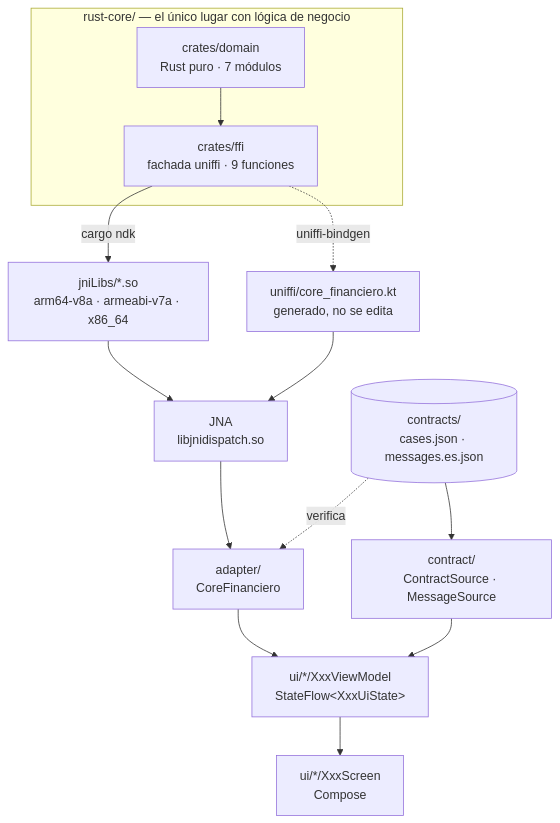
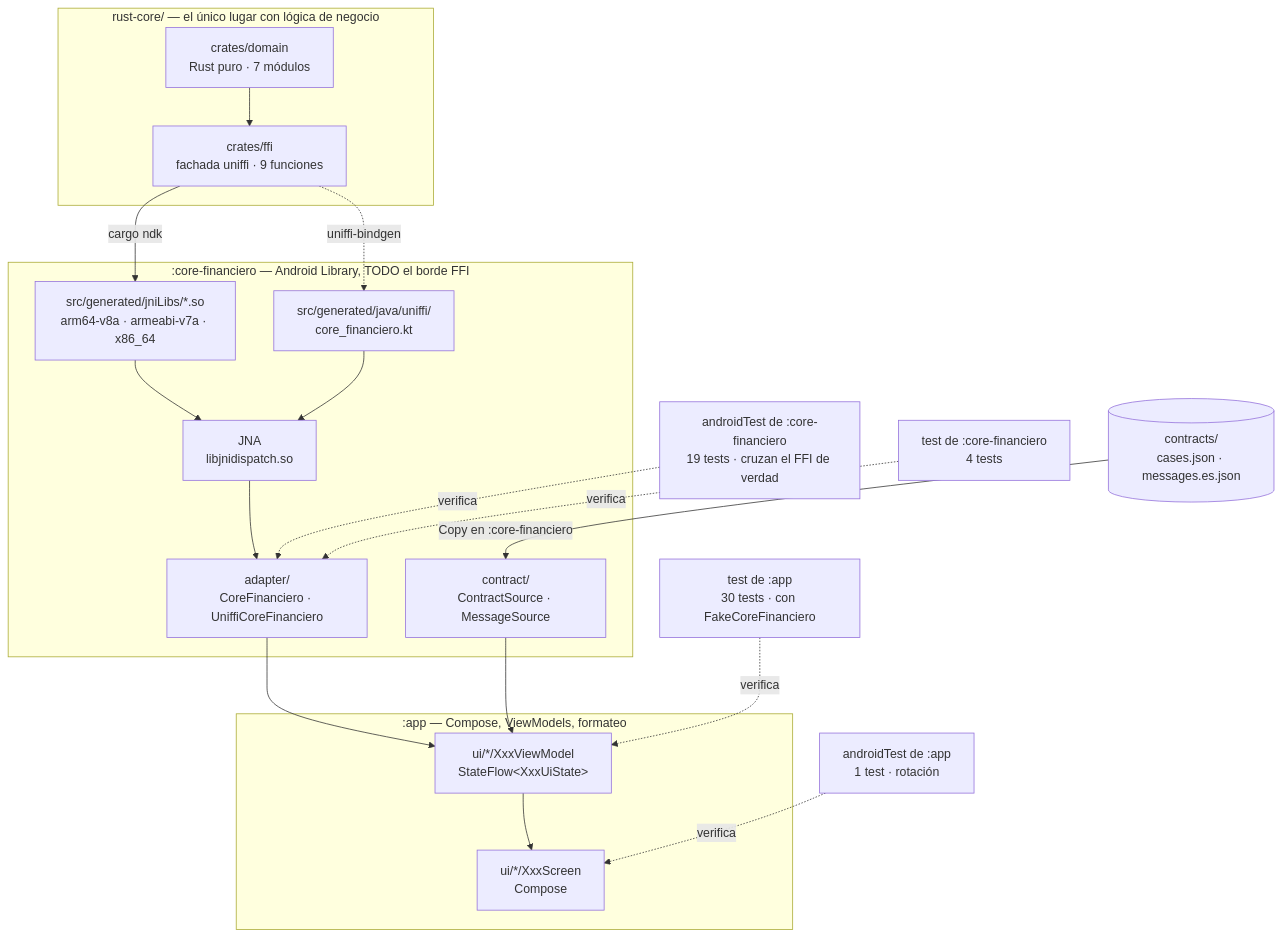
Before and after one commit to tohure/rust-core-cross-app: the diagram in apps/android/README.md, drawn with Mermaid. The commit also changed other lines of this file and 9 other files, not shown here.

````diff
--- a/apps/android/README.md
+++ b/apps/android/README.md
@@ -24,22 +24,43 @@
 ```mermaid
 flowchart TD
     subgraph core["rust-core/ — el único lugar con lógica de negocio"]
         domain["crates/domain<br/>Rust puro · 7 módulos"]
         ffi["crates/ffi<br/>fachada uniffi · 9 funciones"]
         domain --> ffi
     end
 
-    ffi -->|"cargo ndk"| so["jniLibs/*.so<br/>arm64-v8a · armeabi-v7a · x86_64"]
-    ffi -.->|"uniffi-bindgen"| kt["uniffi/core_financiero.kt<br/>generado, no se edita"]
+    subgraph modulo[":core-financiero — Android Library, TODO el borde FFI"]
+        so["src/generated/jniLibs/*.so<br/>arm64-v8a · armeabi-v7a · x86_64"]
+        kt["src/generated/java/uniffi/<br/>core_financiero.kt"]
+        jna["JNA<br/>libjnidispatch.so"]
+        adapter["adapter/<br/>CoreFinanciero · UniffiCoreFinanciero"]
+        source["contract/<br/>ContractSource · MessageSource"]
+        so --> jna
+        kt --> jna
+        jna --> adapter
+    end
 
-    so --> jna["JNA<br/>libjnidispatch.so"]
-    kt --> jna
-    jna --> adapter["adapter/<br/>CoreFinanciero"]
-    adapter --> vm["ui/*/XxxViewModel<br/>StateFlow&lt;XxxUiState&gt;"]
-    vm --> screens["ui/*/XxxScreen<br/>Compose"]
+    subgraph app[":app — Compose, ViewModels, formateo"]
+        vm["ui/*/XxxViewModel<br/>StateFlow&lt;XxxUiState&gt;"]
+        screens["ui/*/XxxScreen<br/>Compose"]
+        vm --> screens
+    end
+
+    ffi -->|"cargo ndk"| so
+    ffi -.->|"uniffi-bindgen"| kt
+    adapter --> vm
+    source --> vm
 
     contrato[("contracts/<br/>cases.json · messages.es.json")]
-    contrato --> source["contract/<br/>ContractSource · MessageSource"]
-    source --> vm
-    contrato -.->|"verifica"| adapter
+    contrato -->|"Copy en :core-financiero"| source
+
+    insCore["androidTest de :core-financiero<br/>19 tests · cruzan el FFI de verdad"]
+    jvmCore["test de :core-financiero<br/>4 tests"]
+    insApp["androidTest de :app<br/>1 test · rotación"]
+    jvmApp["test de :app<br/>30 tests · con FakeCoreFinanciero"]
+
+    insCore -.->|"verifica"| adapter
+    jvmCore -.->|"verifica"| adapter
+    insApp -.->|"verifica"| screens
+    jvmApp -.->|"verifica"| vm
 ```
````
